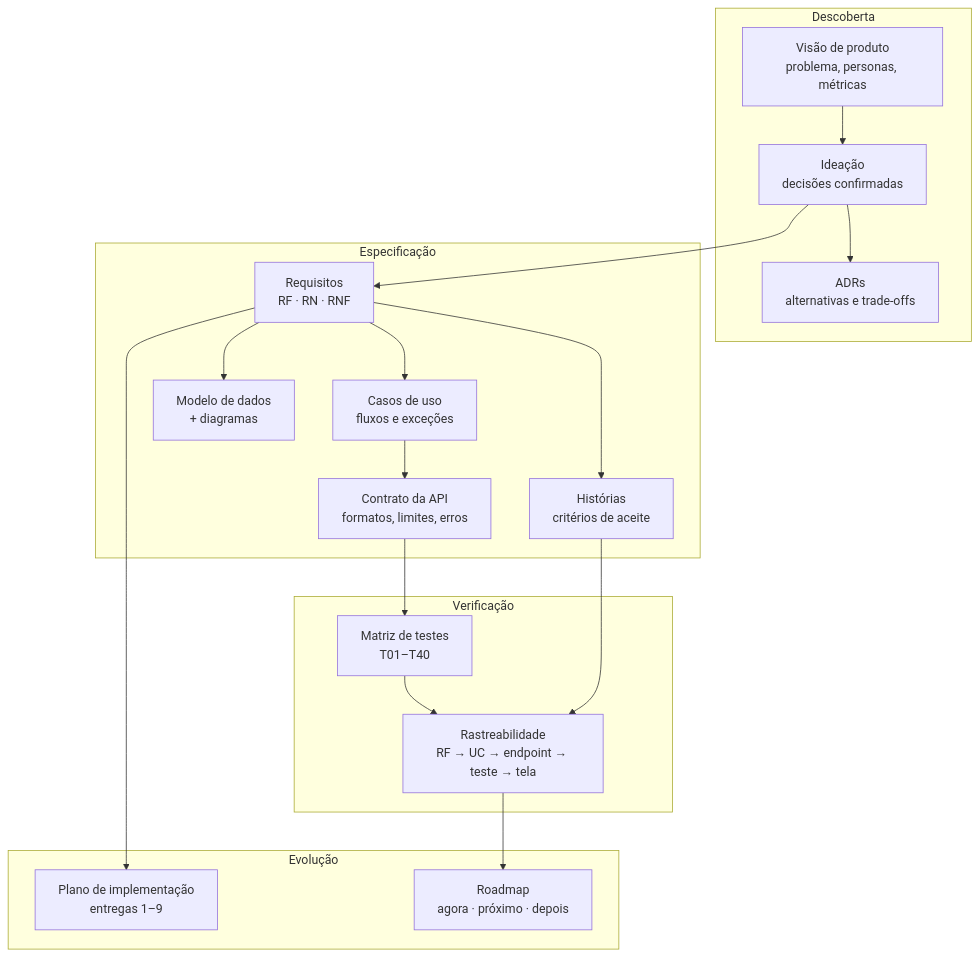
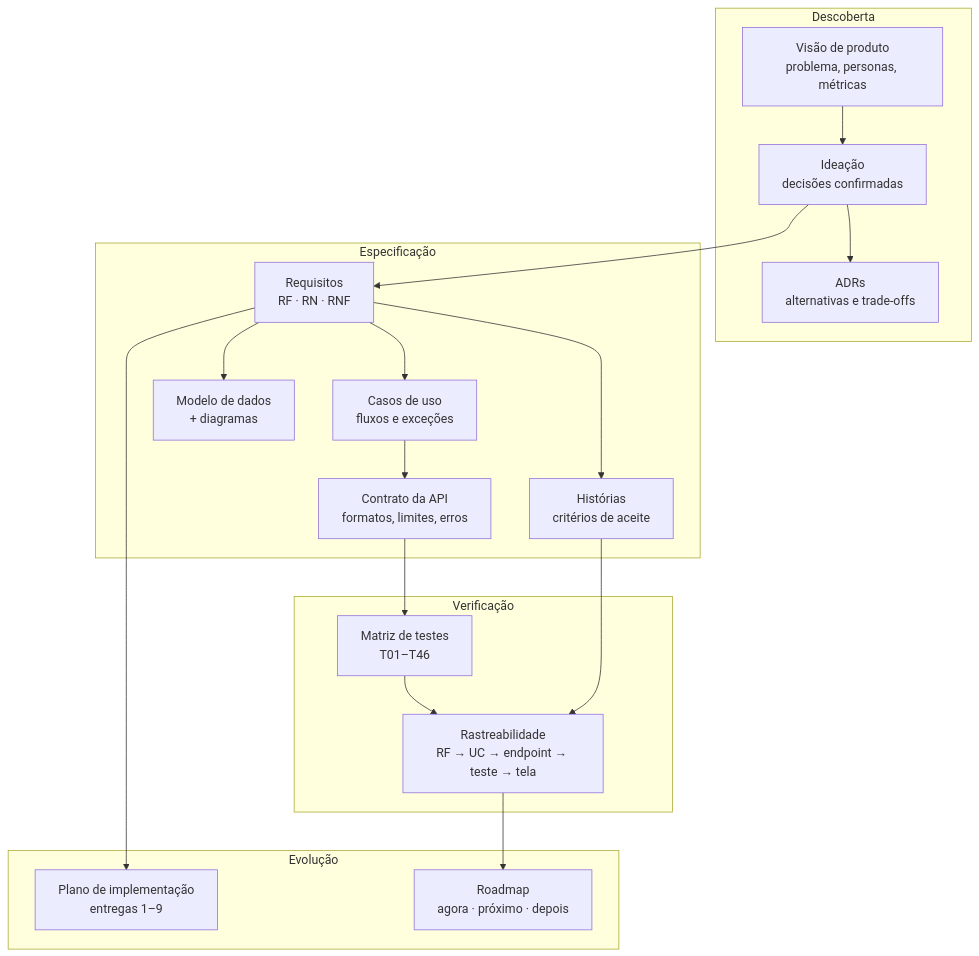
The diagram in docs/README.md (vsys-val/fastapi-merchant-app), drawn with Mermaid before and after one commit. The commit also changed other lines of this file and 15 other files, not shown here.

````diff
--- a/docs/README.md
+++ b/docs/README.md
@@ -17,32 +17,32 @@
 ```mermaid
 flowchart TB
   subgraph Descoberta
     VP[Visão de produto<br/>problema, personas, métricas]
     ID[Ideação<br/>decisões confirmadas]
     ADR[ADRs<br/>alternativas e trade-offs]
   end
   subgraph Especificação
     RQ[Requisitos<br/>RF · RN · RNF]
     US[Histórias<br/>critérios de aceite]
     UC[Casos de uso<br/>fluxos e exceções]
     CT[Contrato da API<br/>formatos, limites, erros]
     MD[Modelo de dados<br/>+ diagramas]
   end
   subgraph Verificação
-    MT[Matriz de testes<br/>T01–T40]
+    MT[Matriz de testes<br/>T01–T46]
     RT[Rastreabilidade<br/>RF → UC → endpoint → teste → tela]
   end
   subgraph Evolução
     PL[Plano de implementação<br/>entregas 1–9]
     RM[Roadmap<br/>agora · próximo · depois]
   end
   VP --> ID --> ADR
   ID --> RQ
   RQ --> US & UC
   UC --> CT --> MT
   RQ --> MD
   MT --> RT
   US --> RT
   RT --> RM
   RQ --> PL
 ```
````
